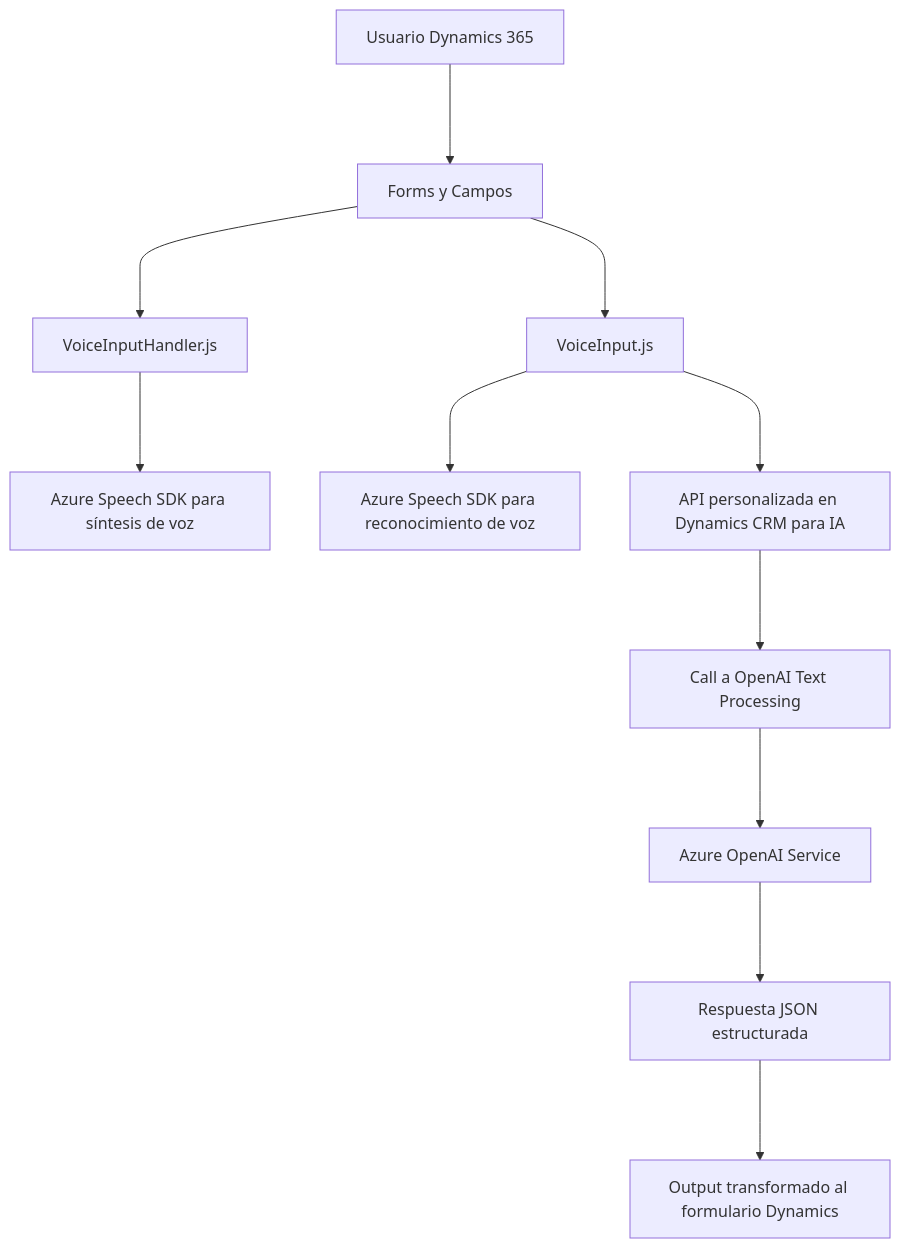
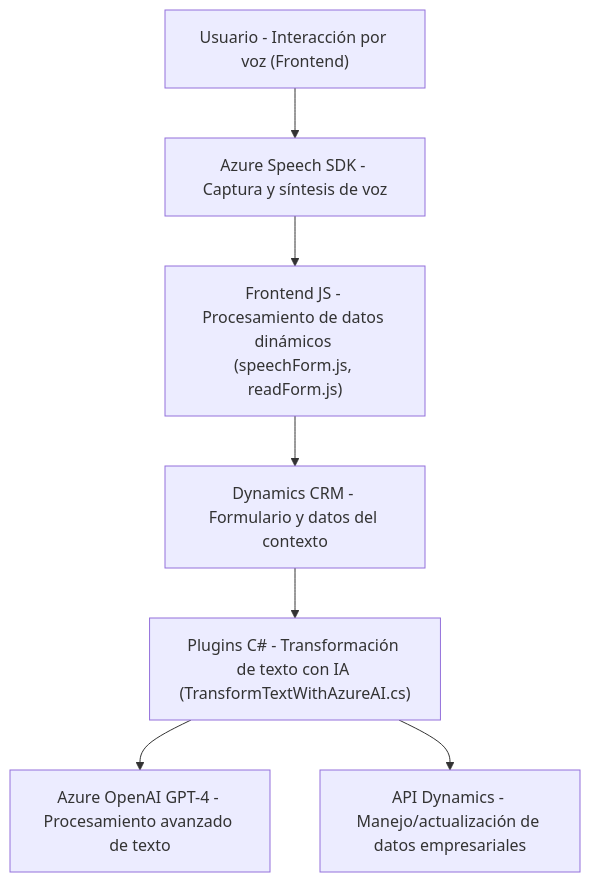
The diagram in README.md (blopezdm/NETCORE_BILBAO2025), drawn with Mermaid before and after one commit. The commit also changed other lines of this file, not shown here.

Commit message:
Actualizar análisis global de la solución con IA

````diff
--- a/README.md
+++ b/README.md
@@ -43,13 +46,17 @@
 ```mermaid
 graph TD
-  A["Usuario Dynamics 365"] ---> B["Forms y Campos"]
-  B ---> C["VoiceInputHandler.js"]
-  B ---> D["VoiceInput.js"]
-  C ---> E["Azure Speech SDK para síntesis de voz"]
-  D ---> F["Azure Speech SDK para reconocimiento de voz"]
-  D ---> G["API personalizada en Dynamics CRM para IA"]
-  G ---> H["Call a OpenAI Text Processing"]
-  H ---> I["Azure OpenAI Service"]
-  I ---> J["Respuesta JSON estructurada"]
-  J ---> K["Output transformado al formulario Dynamics"]
+    A["Usuario - Interacción por voz (Frontend)"]
+    B["Azure Speech SDK - Captura y síntesis de voz"]
+    C["Frontend JS - Procesamiento de datos dinámicos (speechForm.js, readForm.js)"]
+    D["Dynamics CRM - Formulario y datos del contexto"]
+    E["Plugins C# - Transformación de texto con IA (TransformTextWithAzureAI.cs)"]
+    F["Azure OpenAI GPT-4 - Procesamiento avanzado de texto"]
+    G["API Dynamics - Manejo/actualización de datos empresariales"]
+
+    A --> B
+    B --> C
+    C --> D
+    D --> E
+    E --> F
+    E --> G
 ```
````
